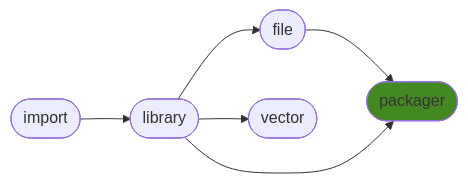
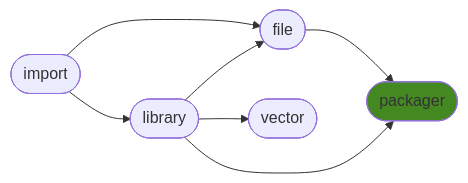
The diagram in README.md (ManderaGeneral/generalpackager), drawn with Mermaid before and after one commit. The commit also changed other lines of this file, not shown here.

````diff
--- a/README.md
+++ b/README.md
@@ -16,14 +16,15 @@
 ```mermaid
 flowchart LR
 2([file]) --> 4([packager])
+1([library]) --> 4([packager])
 0([import]) --> 1([library])
-1([library]) --> 4([packager])
+0([import]) --> 2([file])
+1([library]) --> 2([file])
 1([library]) --> 3([vector])
-1([library]) --> 2([file])
 click 0 "https://github.com/ManderaGeneral/generalimport"
 click 1 "https://github.com/ManderaGeneral/generallibrary"
 click 2 "https://github.com/ManderaGeneral/generalfile"
 click 3 "https://github.com/ManderaGeneral/generalvector"
 click 4 "https://github.com/ManderaGeneral/generalpackager"
 style 4 fill:#482
 ```
````
